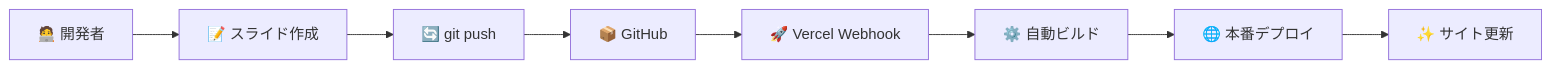
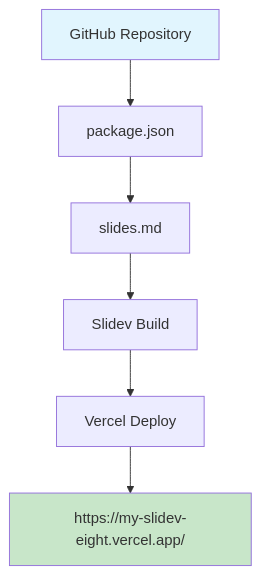
Before and after one commit to wwlapaki310/Slidevs-on-Vercel: the first of 2 diagrams in SLIDEV-SYSTEM/slides.md, drawn with Mermaid. The commit also changed other lines of this file, not shown here.

Commit message:
Add SLIDEV-SYSTEM slides for system architecture documentation

````diff
--- a/SLIDEV-SYSTEM/slides.md
+++ b/SLIDEV-SYSTEM/slides.md
@@ -95,10 +68,11 @@
 ```mermaid
-graph LR
-    A[🧑‍💻 開発者] --> B[📝 スライド作成]
-    B --> C[🔄 git push]
-    C --> D[📦 GitHub]
-    D --> E[🚀 Vercel Webhook]
-    E --> F[⚙️ 自動ビルド]
-    F --> G[🌐 本番デプロイ]
-    G --> H[✨ サイト更新]
+graph TD
+    A[GitHub Repository] --> B[package.json]
+    B --> C[slides.md]
+    C --> D[Slidev Build]
+    D --> E[Vercel Deploy]
+    E --> F[https://my-slidev-eight.vercel.app/]
+    
+    style A fill:#e1f5fe
+    style F fill:#c8e6c9
 ```
````
